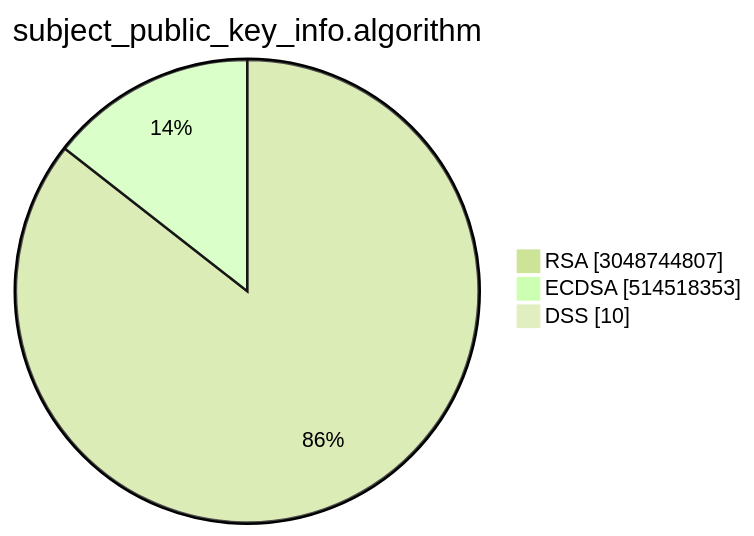
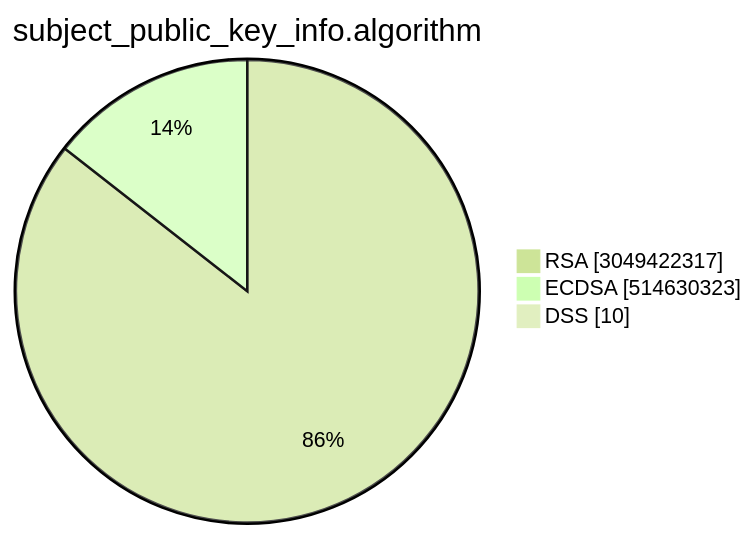
Before and after one commit to christiankrug/ctmonitor_visualization: the second of 15 diagrams in TOTAL/README.md, drawn with Mermaid (forest theme). The commit also changed other lines of this file, not shown here.

````diff
--- a/TOTAL/README.md
+++ b/TOTAL/README.md
@@ -6,7 +6,7 @@
 ```mermaid
 pie showData
 title subject_public_key_info.algorithm
-"RSA" :3048744807
-"ECDSA" :514518353
+"RSA" :3049422317
+"ECDSA" :514630323
 "DSS" :10
 ```
````
